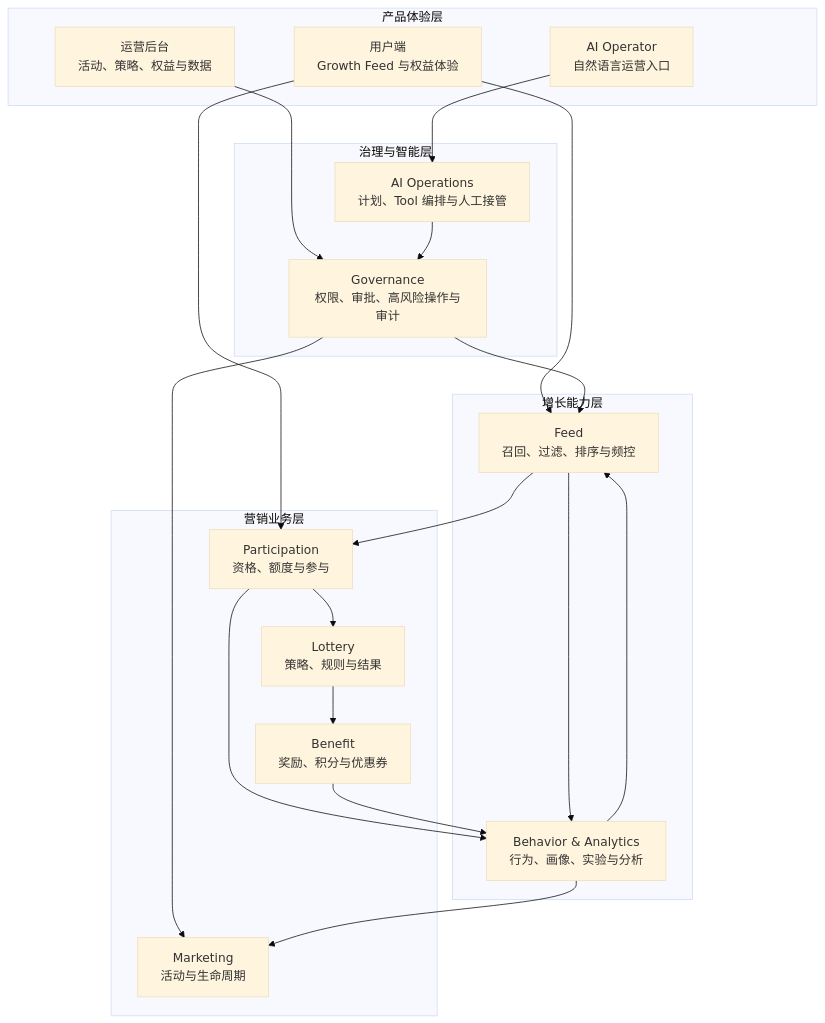
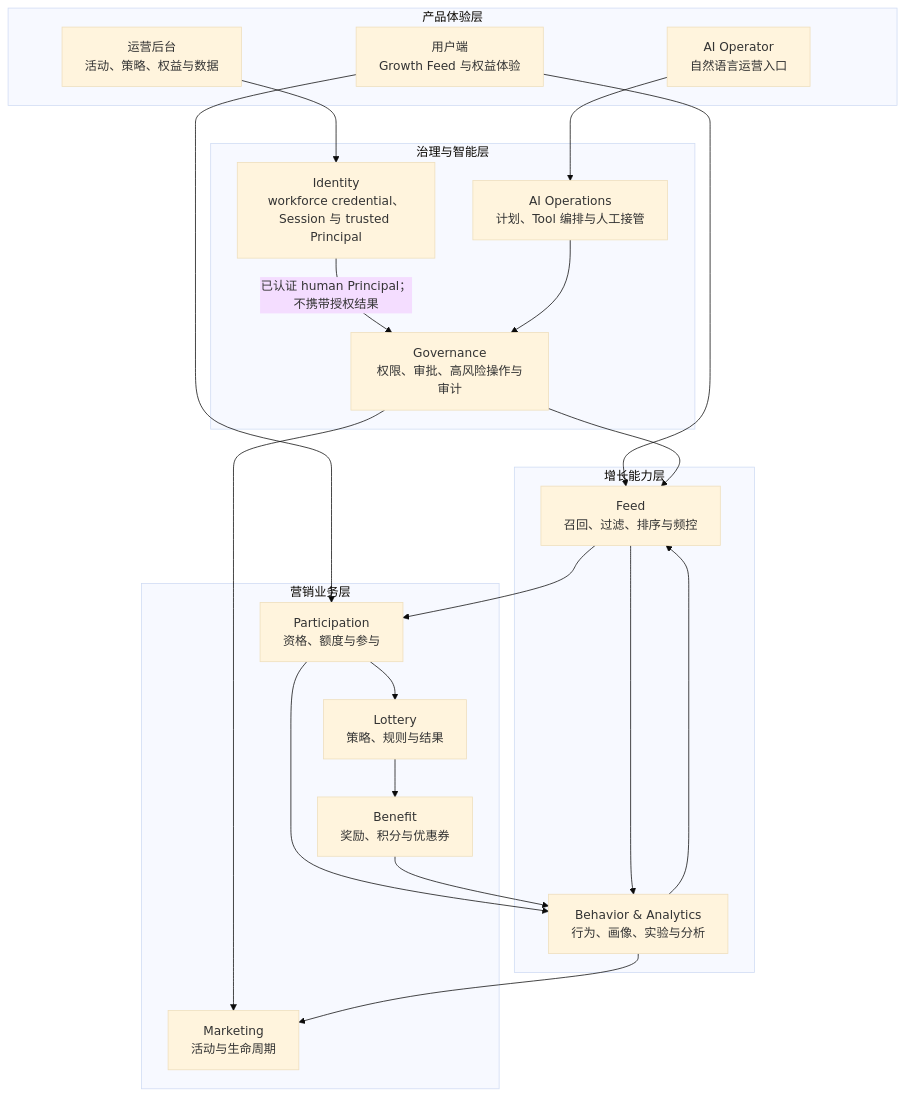
Before and after one commit to Atingaii/GrowthOS-Go: the first of 5 diagrams in docs/product/system-design-v0.md, drawn with Mermaid (base theme). The commit also changed other lines of this file and 4 other files, not shown here.

````diff
--- a/docs/product/system-design-v0.md
+++ b/docs/product/system-design-v0.md
@@ -28,41 +28,43 @@
 ```mermaid
 flowchart TB
     subgraph EXPERIENCE[产品体验层]
         USER[用户端\nGrowth Feed 与权益体验]
         OPS[运营后台\n活动、策略、权益与数据]
         AIOPS[AI Operator\n自然语言运营入口]
     end
 
     subgraph CONTROL[治理与智能层]
+        ID[Identity\nworkforce credential、Session 与 trusted Principal]
         GOV[Governance\n权限、审批、高风险操作与审计]
         AI[AI Operations\n计划、Tool 编排与人工接管]
     end
 
     subgraph GROWTH[增长能力层]
         FEED[Feed\n召回、过滤、排序与频控]
         BA[Behavior & Analytics\n行为、画像、实验与分析]
     end
 
     subgraph BUSINESS[营销业务层]
         MKT[Marketing\n活动与生命周期]
         PAR[Participation\n资格、额度与参与]
         LOT[Lottery\n策略、规则与结果]
         BEN[Benefit\n奖励、积分与优惠券]
     end
 
     USER --> FEED
     USER --> PAR
-    OPS --> GOV
+    OPS --> ID
+    ID -->|已认证 human Principal；不携带授权结果| GOV
     GOV --> MKT
     GOV --> FEED
     AIOPS --> AI
     AI --> GOV
     FEED --> PAR
     PAR --> LOT
     LOT --> BEN
     FEED --> BA
     PAR --> BA
     BEN --> BA
     BA --> FEED
     BA --> MKT
 ```
````
